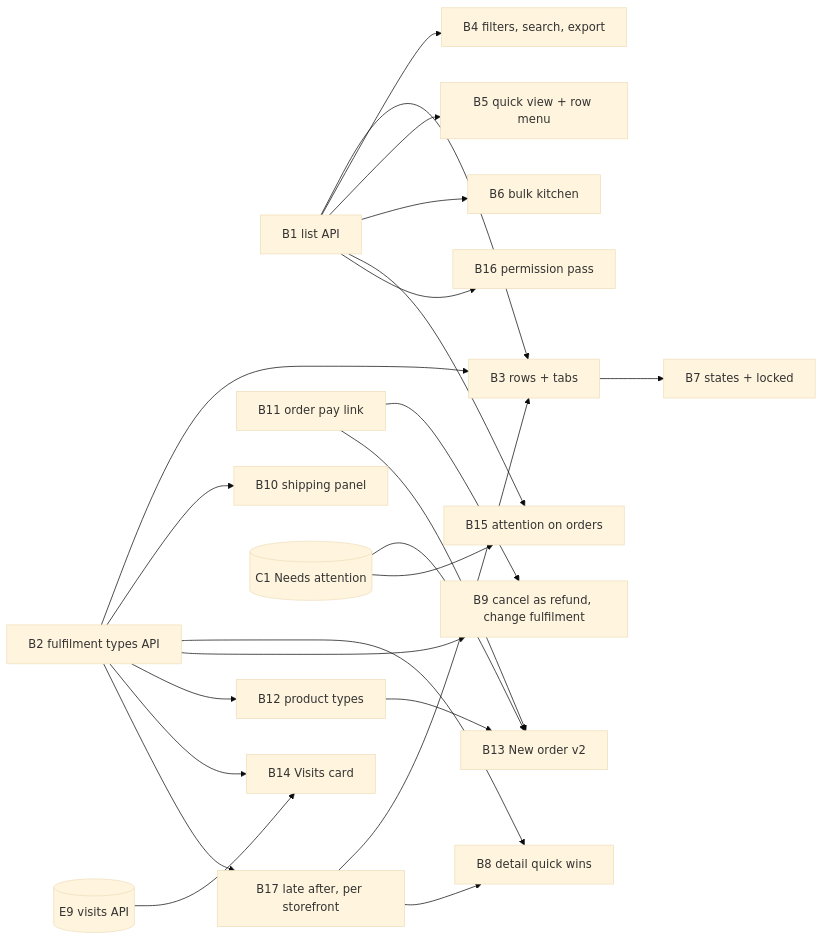
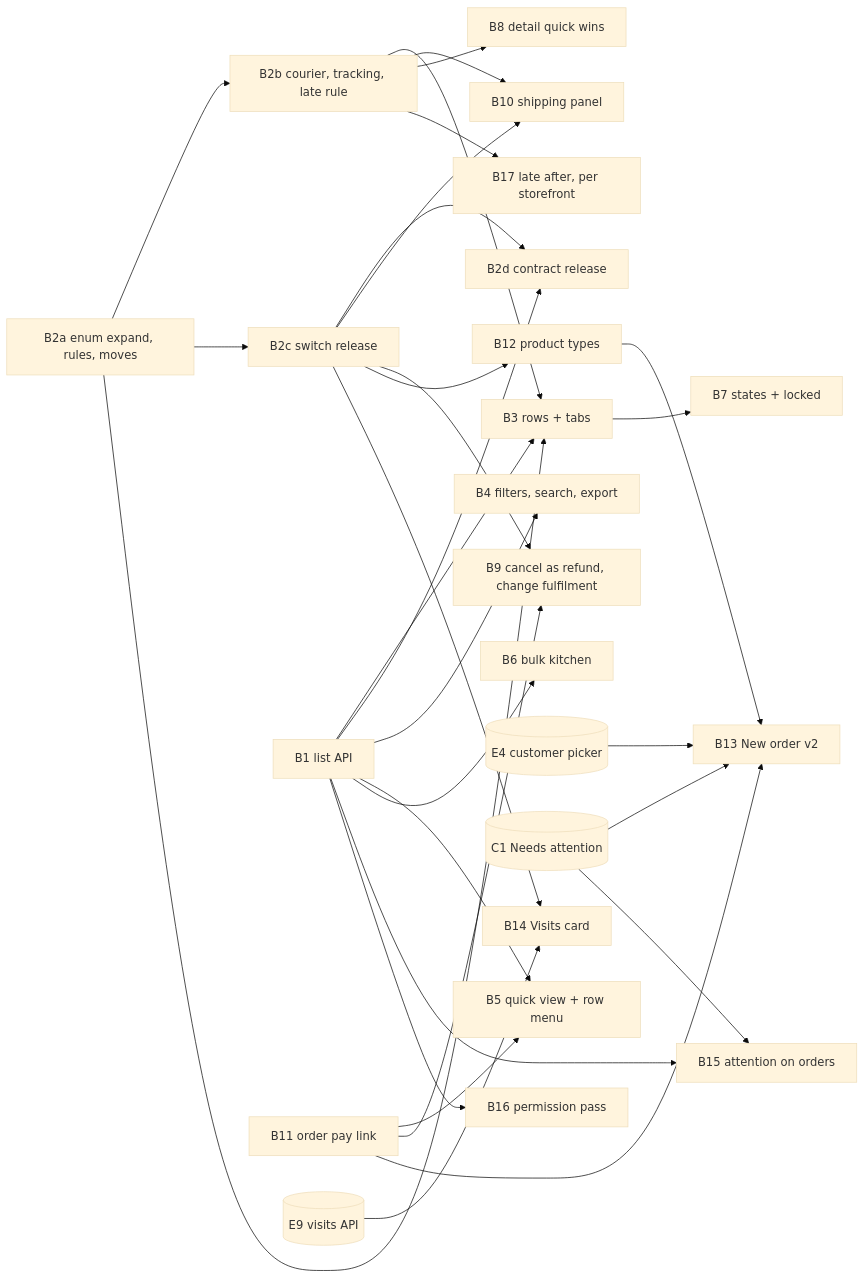
Before and after one commit to saroh-labs/saroh.in: the third of 3 diagrams in docs/plans/2026-09-26-002-feat-orders-fulfilment-plan.md, drawn with Mermaid (base theme). The commit also changed other lines of this file, not shown here.

First line of the commit message:
docs(plans): orders plan deepened — the fulfilment enum by expand and contract, B2 split, Phase 1 re-sliced

````diff
--- a/docs/plans/2026-09-26-002-feat-orders-fulfilment-plan.md
+++ b/docs/plans/2026-09-26-002-feat-orders-fulfilment-plan.md
@@ -484,26 +713,32 @@
 ```mermaid
 flowchart LR
+  B2a[B2a enum expand, rules, moves] --> B2b[B2b courier, tracking, late rule]
+  B2a --> B2c[B2c switch release]
+  B2c --> B2d[B2d contract release]
   B1[B1 list API] --> B3[B3 rows + tabs]
-  B2[B2 fulfilment types API] --> B3
+  B2a --> B3
+  B2b --> B3
+  B3 --> B7[B7 states + locked]
+  B2b --> B10[B10 shipping panel]
+  B2c --> B10
+  B1 --> B2d
   B1 --> B4[B4 filters, search, export]
   B1 --> B5[B5 quick view + row menu]
+  B11 --> B5
   B1 --> B6[B6 bulk kitchen]
-  B3 --> B7[B7 states + locked]
-  B2 --> B10[B10 shipping panel]
   B11[B11 order pay link]
-  B2 --> B8[B8 detail quick wins]
-  B2 --> B9[B9 cancel as refund, change fulfilment]
+  B2b --> B8[B8 detail quick wins]
+  B2c --> B9[B9 cancel as refund, change fulfilment]
   B11 --> B9
-  B2 --> B12[B12 product types]
+  B2c --> B12[B12 product types]
   B12 --> B13[B13 New order v2]
   B11 --> B13
+  E4[(E4 customer picker)] --> B13
   C1[(C1 Needs attention)] --> B13
   C1 --> B15[B15 attention on orders]
   B1 --> B15
   E9[(E9 visits API)] --> B14[B14 Visits card]
-  B2 --> B14
+  B2c --> B14
   B1 --> B16[B16 permission pass]
-  B2 --> B17[B17 late after, per storefront]
-  B17 --> B3
-  B17 --> B8
+  B2b --> B17[B17 late after, per storefront]
 ```
````
